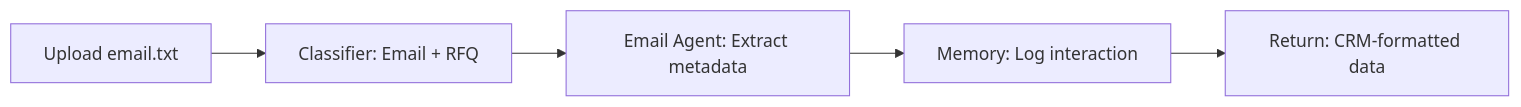
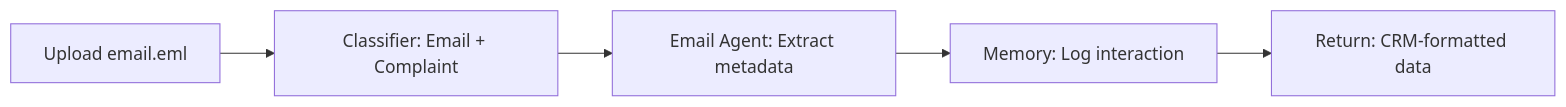
Before and after one commit to sanks011/Multi-Agent-AI-System: the second of 3 diagrams in README.md, drawn with Mermaid. The commit also changed other lines of this file and 7 other files, not shown here.

````diff
--- a/README.md
+++ b/README.md
@@ -163,7 +171,7 @@
 ```mermaid
 graph LR
-    A[Upload email.txt] --> B[Classifier: Email + RFQ]
+    A[Upload email.eml] --> B[Classifier: Email + Complaint]
     B --> C[Email Agent: Extract metadata]
     C --> D[Memory: Log interaction]
     D --> E[Return: CRM-formatted data]
 ```
````
